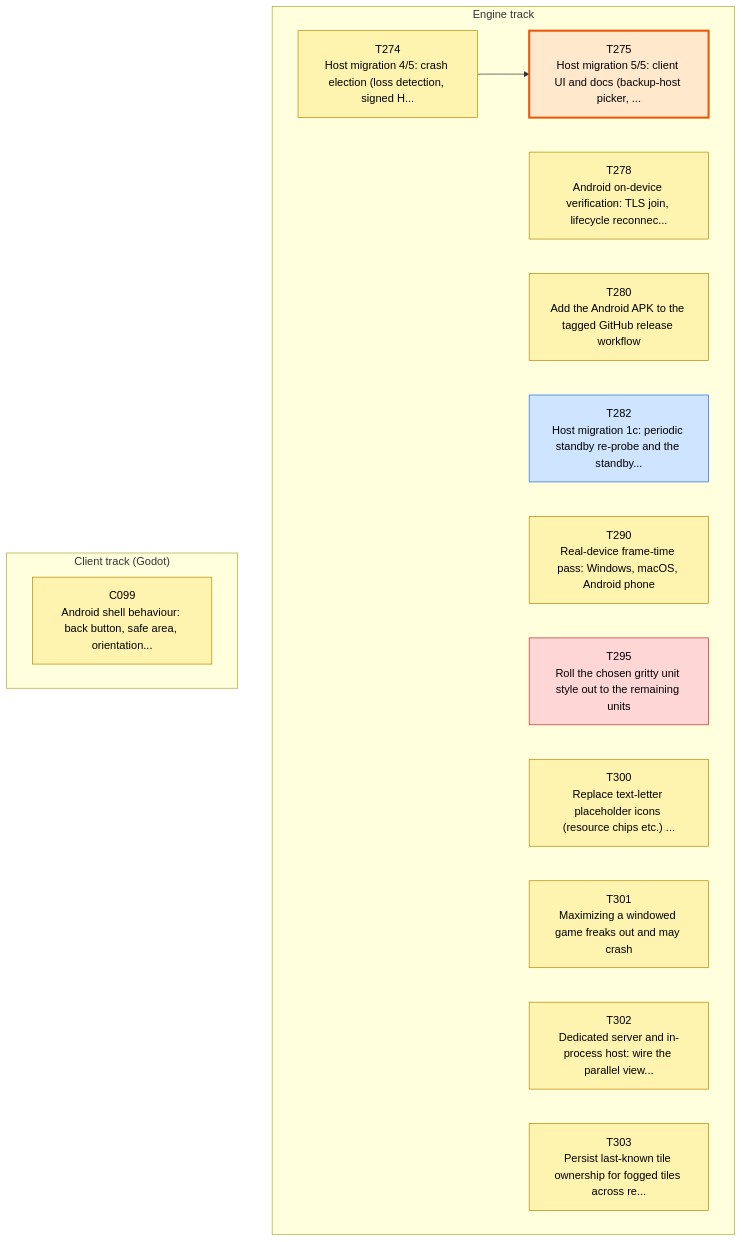
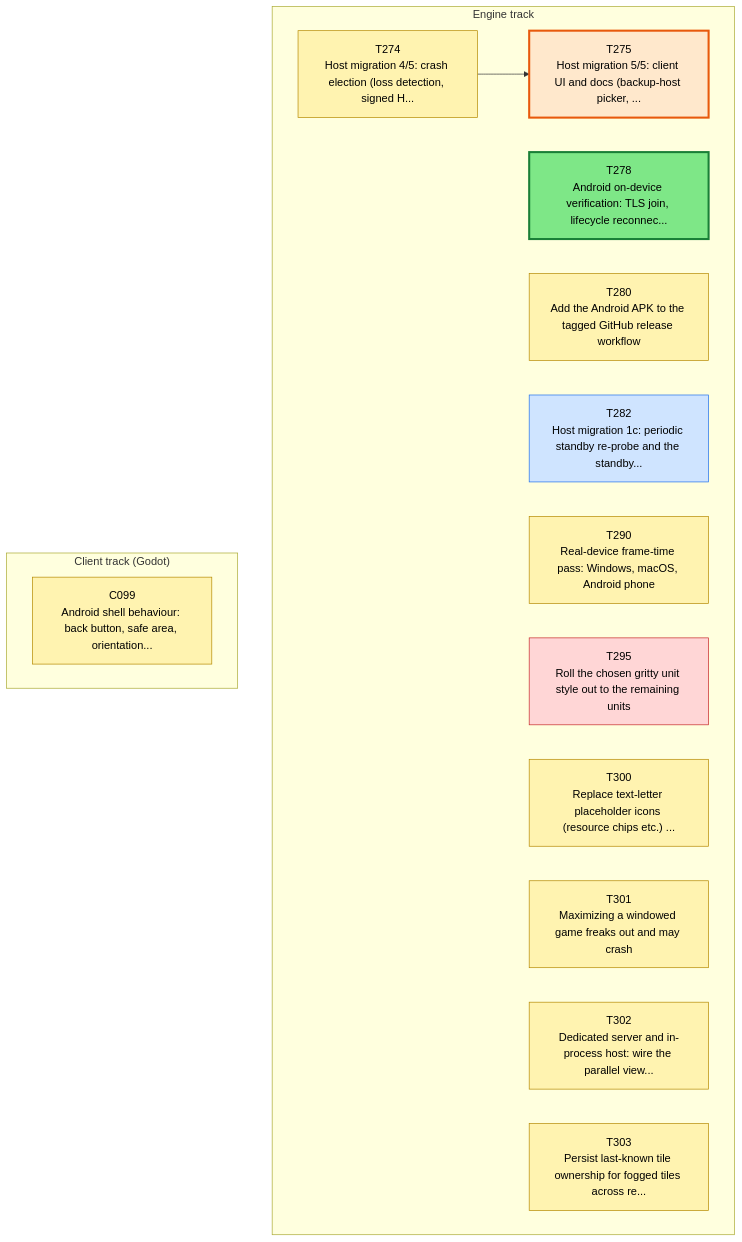
The first of 3 diagrams in csharp/migration/DEPENDENCY_MAP.md (Kenmura/Unciv), drawn with Mermaid before and after one commit. The commit also changed other lines of this file and 1 other file, not shown here.

````diff
--- a/csharp/migration/DEPENDENCY_MAP.md
+++ b/csharp/migration/DEPENDENCY_MAP.md
@@ -35,39 +35,39 @@
 ```mermaid
 flowchart TD
   subgraph TTRACK["Engine track"]
     T274["T274<br/>Host migration 4/5: crash election (loss detection, signed H..."]
     T275["T275<br/>Host migration 5/5: client UI and docs (backup-host picker, ..."]
     T278["T278<br/>Android on-device verification: TLS join, lifecycle reconnec..."]
     T280["T280<br/>Add the Android APK to the tagged GitHub release workflow"]
     T282["T282<br/>Host migration 1c: periodic standby re-probe and the standby..."]
     T290["T290<br/>Real-device frame-time pass: Windows, macOS, Android phone"]
     T295["T295<br/>Roll the chosen gritty unit style out to the remaining units"]
     T300["T300<br/>Replace text-letter placeholder icons (resource chips etc.) ..."]
     T301["T301<br/>Maximizing a windowed game freaks out and may crash"]
     T302["T302<br/>Dedicated server and in-process host: wire the parallel view..."]
     T303["T303<br/>Persist last-known tile ownership for fogged tiles across re..."]
   end
   subgraph CTRACK["Client track (Godot)"]
     C099["C099<br/>Android shell behaviour: back button, safe area, orientation..."]
   end
   T274 --> T275
   classDef waiting fill:#f3faf3,stroke:#9bc49b,color:#555,stroke-dasharray:2 2
   classDef ondeck fill:#ffe8cc,stroke:#e8590c,stroke-width:3px,color:#000
   classDef ready fill:#7ee787,stroke:#1a7f37,stroke-width:3px,color:#000
   classDef prog fill:#fff3b0,stroke:#b58900,color:#000
   classDef review fill:#cfe4ff,stroke:#1f6feb,color:#000
   classDef blocked fill:#ffd6d6,stroke:#c62828,color:#000
   classDef done fill:#eeeeee,stroke:#999999,color:#666,stroke-dasharray:4 3
   class C099 prog
   class T274 prog
   class T275 ondeck
-  class T278 prog
+  class T278 ready
   class T280 prog
   class T282 review
   class T290 prog
   class T295 blocked
   class T300 prog
   class T301 prog
   class T302 prog
   class T303 prog
 ```
````
